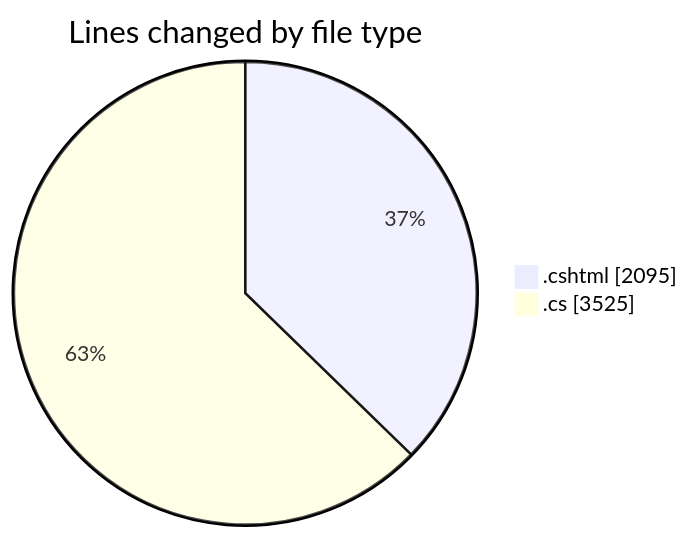
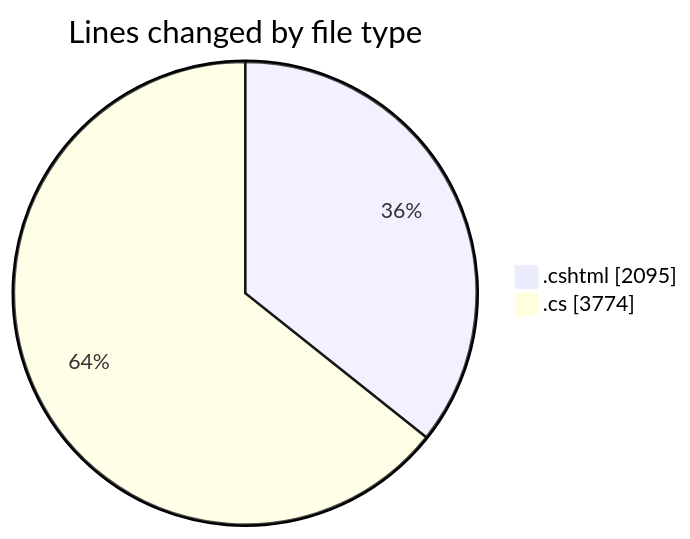
Before and after one commit to lephambinh05/code-tracking: the first of 2 diagrams in 2025-07-17/nhahang/README.md, drawn with Mermaid. The commit also changed other lines of this file and 1 other file, not shown here.

````diff
--- a/2025-07-17/nhahang/README.md
+++ b/2025-07-17/nhahang/README.md
@@ -86,6 +92,6 @@
 ```mermaid
 pie showData
 title Lines changed by file type
 ".cshtml" : 2095
-".cs" : 3525
+".cs" : 3774
 ```
````
